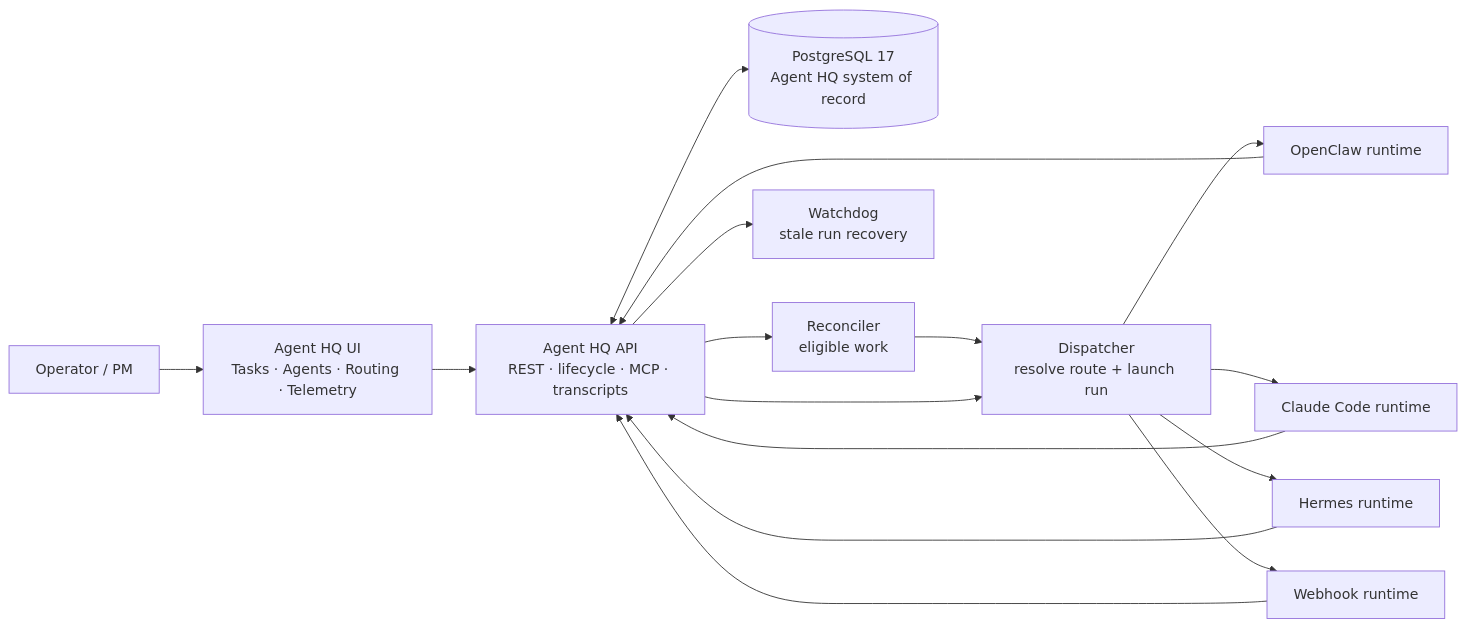
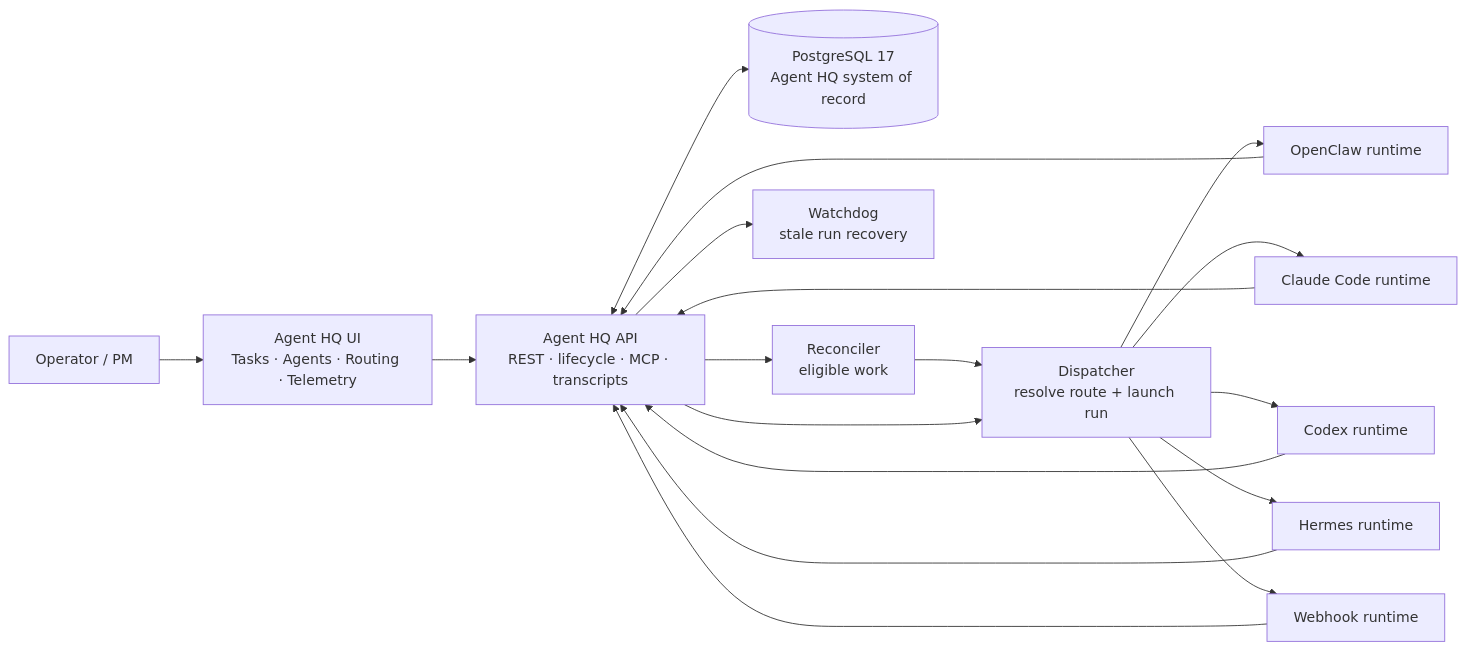
The diagram in README.md (nordinit/agent-hq), drawn with Mermaid before and after one commit. The commit also changed other lines of this file, not shown here.

````diff
--- a/README.md
+++ b/README.md
@@ -369,30 +387,33 @@
 ```mermaid
 flowchart LR
     Human["Operator / PM"]
     UI["Agent HQ UI<br/>Tasks · Agents · Routing · Telemetry"]
     API["Agent HQ API<br/>REST · lifecycle · MCP · transcripts"]
     DB[("PostgreSQL 17<br/>Agent HQ system of record")]
     Reconciler["Reconciler<br/>eligible work"]
     Dispatcher["Dispatcher<br/>resolve route + launch run"]
     Watchdog["Watchdog<br/>stale run recovery"]
     OpenClaw["OpenClaw runtime"]
     Claude["Claude Code runtime"]
+    Codex["Codex runtime"]
     Hermes["Hermes runtime"]
     Webhook["Webhook runtime"]
 
     Human --> UI
     UI --> API
     API <--> DB
     API --> Reconciler
     Reconciler --> Dispatcher
     API --> Dispatcher
     API --> Watchdog
     Dispatcher --> OpenClaw
     Dispatcher --> Claude
+    Dispatcher --> Codex
     Dispatcher --> Hermes
     Dispatcher --> Webhook
     OpenClaw --> API
     Claude --> API
+    Codex --> API
     Hermes --> API
     Webhook --> API
 ```
````
